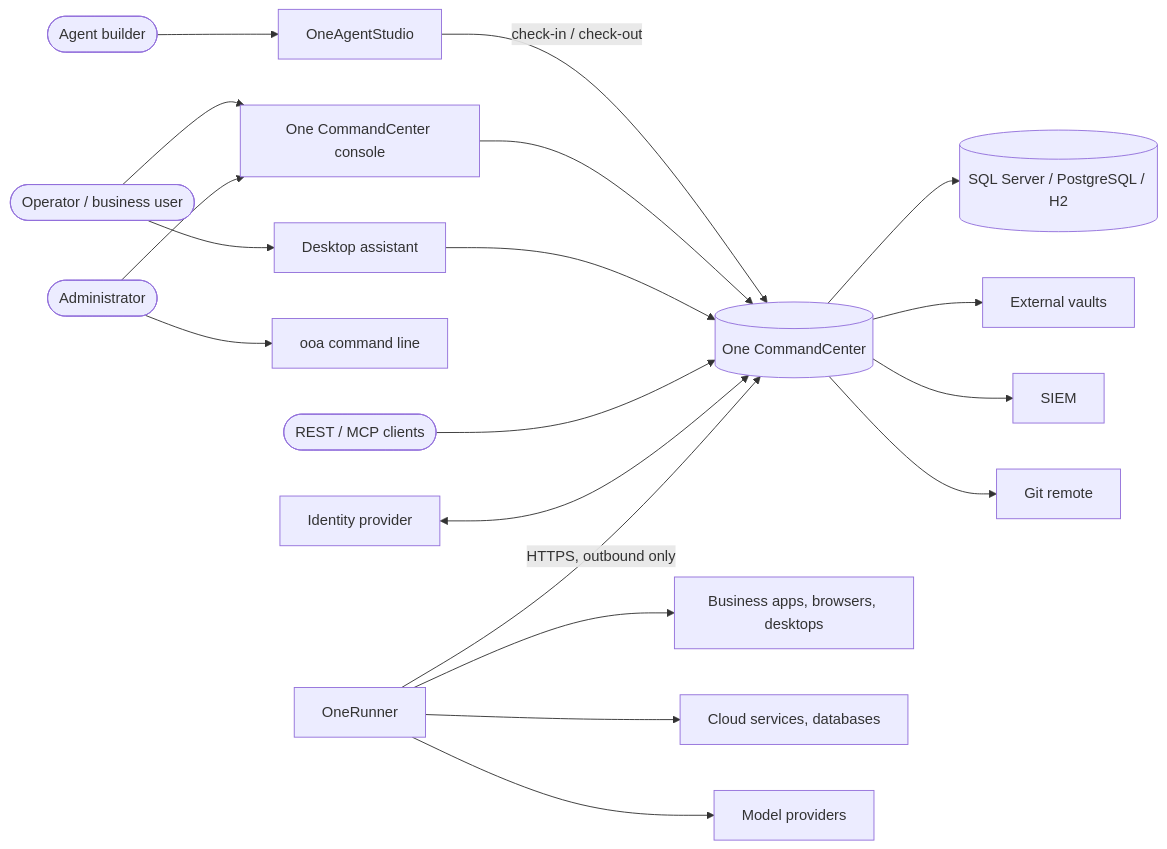
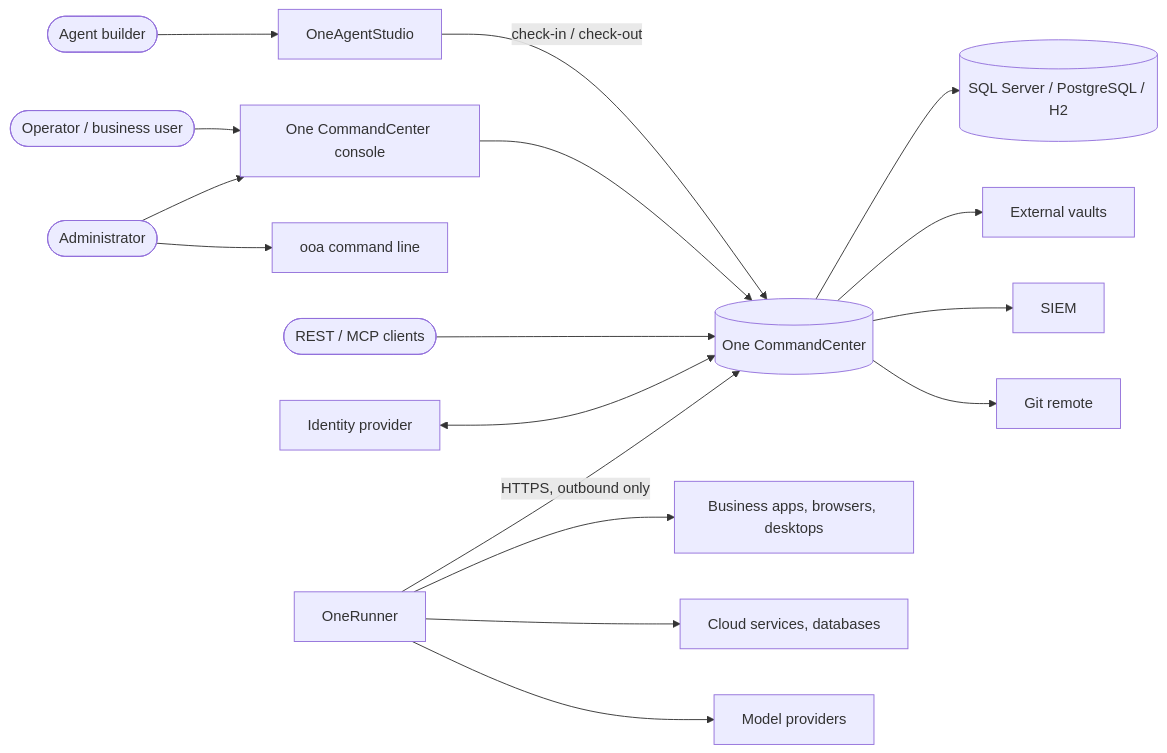
One commit to OneOfficeautomation-Private-Limited/OneOfficeAutomation-Platform changed the first of 3 diagrams in docs/architecture/01-system-overview.md. Above: the diagram before and after it, drawn with Mermaid. The commit also changed other lines of this file and 17 other files, not shown here.

First line of the commit message:
Remove the desktop tray assistant; three assistant options only

````diff
--- a/docs/architecture/01-system-overview.md
+++ b/docs/architecture/01-system-overview.md
@@ -67,21 +67,19 @@
 ```mermaid
 flowchart LR
     builder([Agent builder]) --> studio[OneAgentStudio]
     operator([Operator / business user]) --> console[One CommandCenter console]
-    operator --> tray[Desktop assistant]
     admin([Administrator]) --> console
     admin --> cli[ooa command line]
     studio -- check-in / check-out --> cc[(One CommandCenter)]
     console --> cc
-    tray --> cc
     extclient([REST / MCP clients]) --> cc
     idp[Identity provider] <--> cc
     cc --> db[(SQL Server / PostgreSQL / H2)]
     cc --> xvault[External vaults]
     cc --> siem[SIEM]
     cc --> git[Git remote]
     runner[OneRunner] -- HTTPS, outbound only --> cc
     runner --> apps[Business apps, browsers, desktops]
     runner --> cloud[Cloud services, databases]
     runner --> llm[Model providers]
 ```
````
